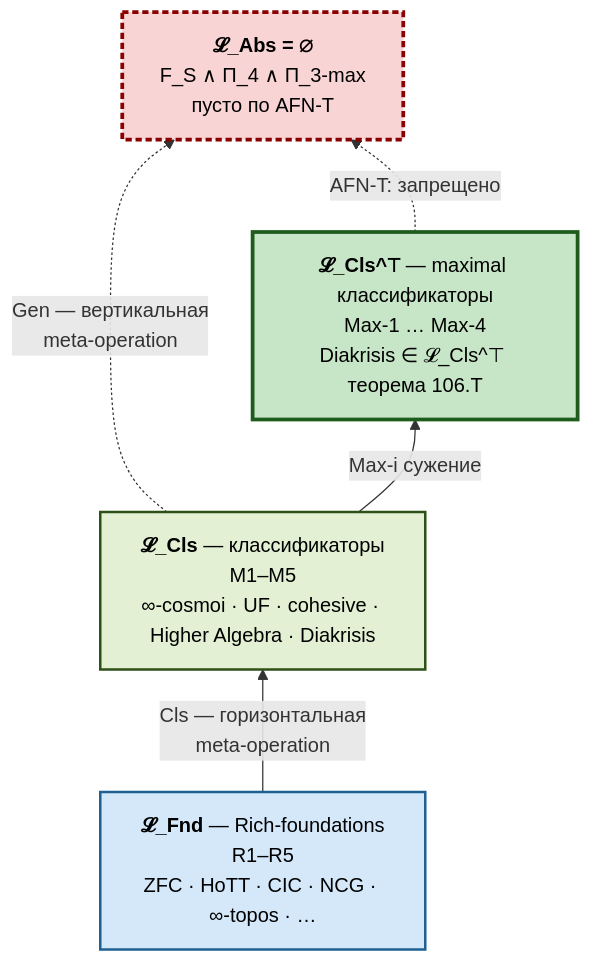
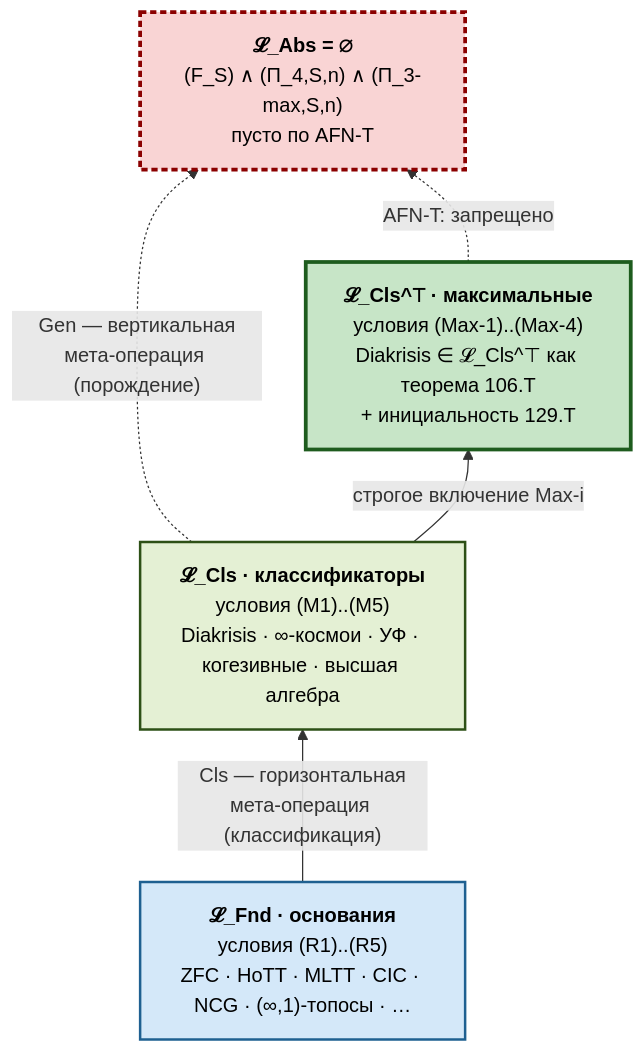
Before and after one commit to gst-st/diakrisis: the second of 7 diagrams in docs/intro.md, drawn with Mermaid. The commit also changed other lines of this file, not shown here.

First line of the commit message:
diakrisis: глубокая переработка диаграмм и пояснений в intro.md

````diff
--- a/docs/intro.md
+++ b/docs/intro.md
@@ -67,17 +123,17 @@
 ```mermaid
 flowchart BT
     classDef fnd fill:#d4e8f9,stroke:#1e6091,stroke-width:2px,color:#000
     classDef cls fill:#e4f0d4,stroke:#2d5016,stroke-width:2px,color:#000
     classDef max fill:#c7e5c7,stroke:#1e5c1e,stroke-width:3px,color:#000
     classDef abs fill:#f9d4d4,stroke:#8b0000,stroke-width:3px,stroke-dasharray:5 3,color:#000
 
-    FND["<b>𝓛_Fnd</b> — Rich-foundations<br/>R1–R5<br/>ZFC · HoTT · CIC · NCG · ∞-topos · …"]:::fnd
-    CLS["<b>𝓛_Cls</b> — классификаторы<br/>M1–M5<br/>∞-cosmoi · UF · cohesive · Higher Algebra · Diakrisis"]:::cls
-    MAX["<b>𝓛_Cls^⊤</b> — maximal классификаторы<br/>Max-1 … Max-4<br/>Diakrisis ∈ 𝓛_Cls^⊤ теорема 106.T"]:::max
-    ABS["<b>𝓛_Abs = ∅</b><br/>F_S ∧ Π_4 ∧ Π_3-max<br/>пусто по AFN-T"]:::abs
+    FND["<b>𝓛_Fnd · основания</b><br/>условия (R1)..(R5)<br/>ZFC · HoTT · MLTT · CIC · NCG · (∞,1)-топосы · … "]:::fnd
+    CLS["<b>𝓛_Cls · классификаторы</b><br/>условия (M1)..(M5)<br/>Diakrisis · ∞-космои · УФ · когезивные · высшая алгебра"]:::cls
+    MAX["<b>𝓛_Cls^⊤ · максимальные</b><br/>условия (Max-1)..(Max-4)<br/>Diakrisis ∈ 𝓛_Cls^⊤ как теорема 106.T<br/>+ инициальность 129.T"]:::max
+    ABS["<b>𝓛_Abs = ∅</b><br/>(F_S) ∧ (Π_4,S,n) ∧ (Π_3-max,S,n)<br/>пусто по AFN-T"]:::abs
 
-    FND -->|"Cls — горизонтальная<br/>meta-operation"| CLS
-    CLS -->|"Max-i сужение"| MAX
-    CLS -.->|"Gen — вертикальная<br/>meta-operation"| ABS
+    FND -->|"Cls — горизонтальная<br/>мета-операция (классификация)"| CLS
+    CLS -->|"строгое включение Max-i"| MAX
+    CLS -.->|"Gen — вертикальная<br/>мета-операция (порождение)"| ABS
     MAX -.->|"AFN-T: запрещено"| ABS
 ```
````
